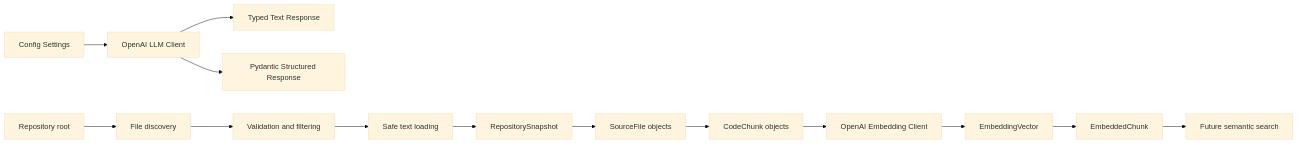
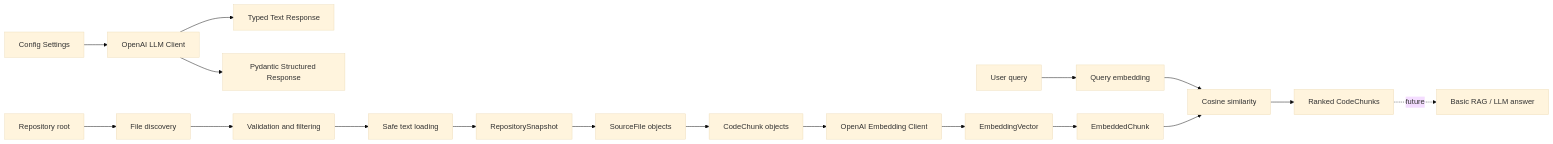
The diagram in README.md (phenstee/RepoMind), drawn with Mermaid (base theme) before and after one commit. The commit also changed other lines of this file and 9 other files, not shown here.

Commit message:
Implement Milestone 5 semantic search

````diff
--- a/README.md
+++ b/README.md
@@ -178,17 +222,21 @@
 ```mermaid
 flowchart LR
     Settings[Config Settings] --> Client[OpenAI LLM Client]
     Client --> Text[Typed Text Response]
     Client --> Structured[Pydantic Structured Response]
 
     Root[Repository root] --> Discovery[File discovery]
     Discovery --> Filter[Validation and filtering]
     Filter --> Load[Safe text loading]
     Load --> Snapshot[RepositorySnapshot]
     Snapshot --> Source[SourceFile objects]
     Source --> Chunk[CodeChunk objects]
     Chunk --> EmbedClient[OpenAI Embedding Client]
     EmbedClient --> Vector[EmbeddingVector]
     Vector --> Embedded[EmbeddedChunk]
-    Embedded --> Future[Future semantic search]
+    Query[User query] --> QueryEmbed[Query embedding]
+    QueryEmbed --> Similarity[Cosine similarity]
+    Embedded --> Similarity
+    Similarity --> Results[Ranked CodeChunks]
+    Results -. future .-> RAG[Basic RAG / LLM answer]
 ```
````
